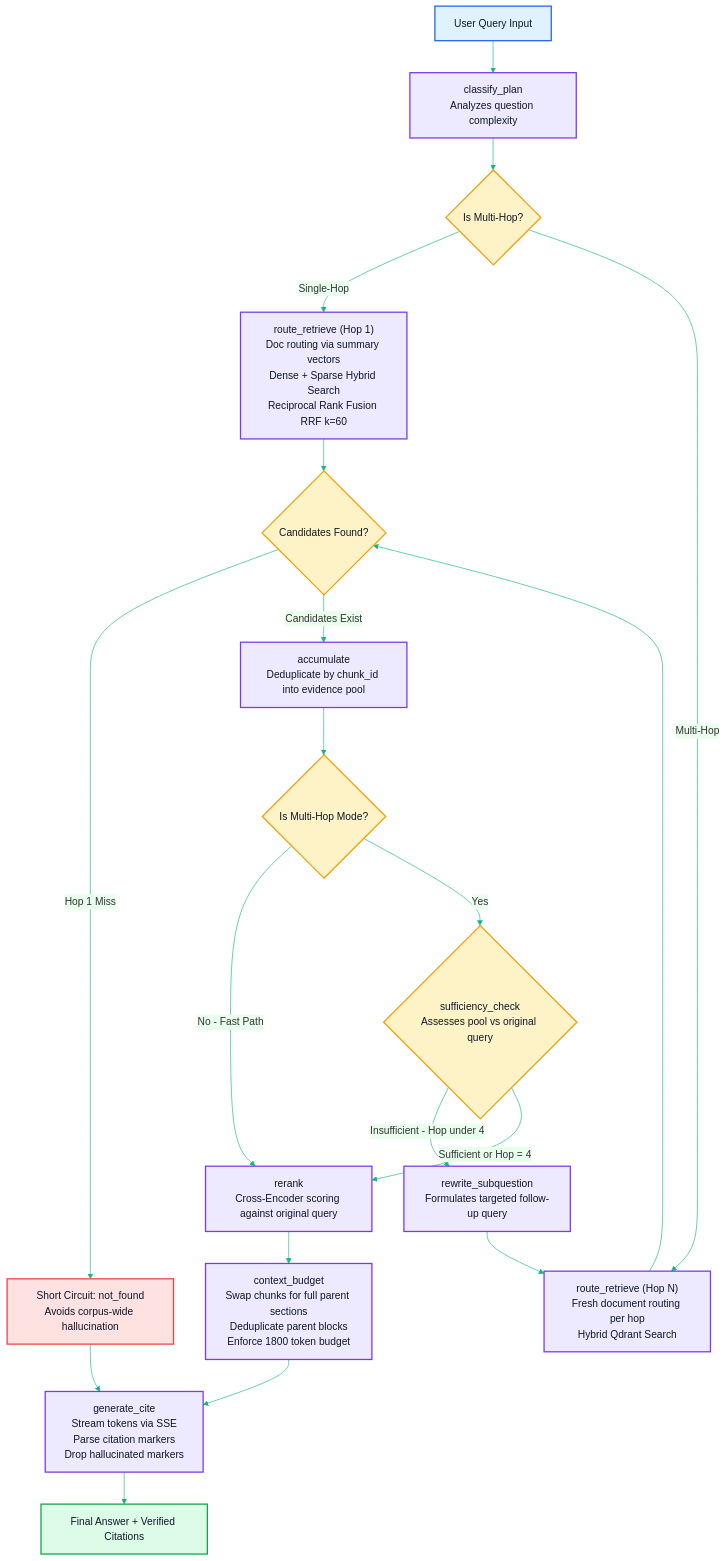
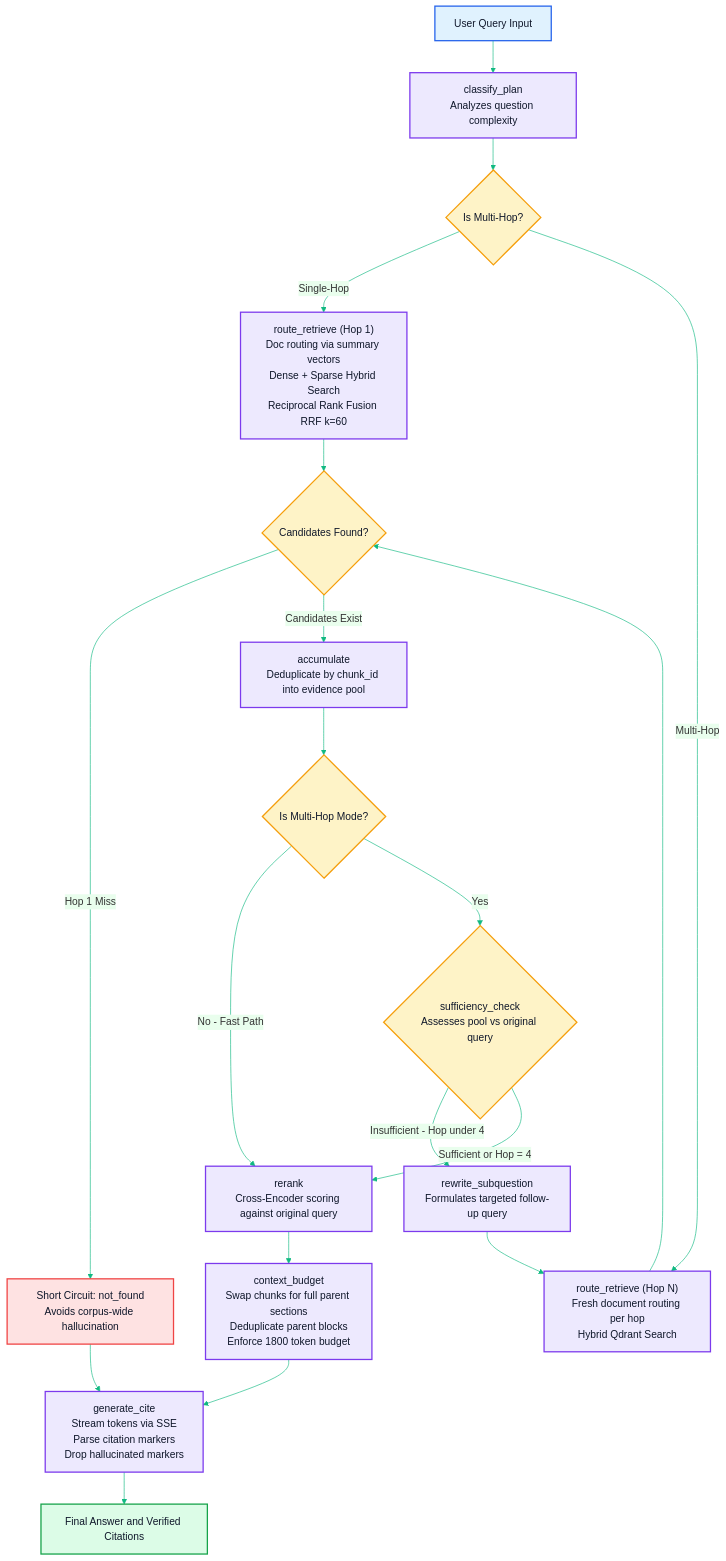
The third of 4 diagrams in README.md (Pavan048/CITE-RAG), drawn with Mermaid before and after one commit. The commit also changed other lines of this file, not shown here.

Commit message:
fix(docs): resolve mermaid syntax errors in README diagrams for GitHub rendering

````diff
--- a/README.md
+++ b/README.md
@@ -182,40 +183,40 @@
 ```mermaid
 %%{init: {"theme": "base", "themeVariables": {"primaryColor": "#ede9fe", "primaryBorderColor": "#7c3aed", "lineColor": "#10b981", "fontFamily": "Inter, Arial"}}}%%
 flowchart TD
   classDef cStart fill:#e0f2fe,stroke:#2563eb,stroke-width:2px,color:#0f172a;
   classDef cProc fill:#ede9fe,stroke:#7c3aed,stroke-width:2px,color:#0f172a;
   classDef cCheck fill:#fef3c7,stroke:#f59e0b,stroke-width:2px,color:#0f172a;
   classDef cOut fill:#dcfce7,stroke:#16a34a,stroke-width:2px,color:#0f172a;
   classDef cStop fill:#fee2e2,stroke:#ef4444,stroke-width:2px,color:#0f172a;
 
   Q["User Query Input"] --> CP["classify_plan<br/>Analyzes question complexity"]
   CP --> PlanCheck{"Is Multi-Hop?"}
 
   PlanCheck -->|Single-Hop| RR1["route_retrieve (Hop 1)<br/>Doc routing via summary vectors<br/>Dense + Sparse Hybrid Search<br/>Reciprocal Rank Fusion RRF k=60"]
   PlanCheck -->|Multi-Hop| RRM["route_retrieve (Hop N)<br/>Fresh document routing per hop<br/>Hybrid Qdrant Search"]
 
   RR1 --> EmptyCheck{"Candidates Found?"}
   RRM --> EmptyCheck
   EmptyCheck -->|Hop 1 Miss| ShortCircuit["Short Circuit: not_found<br/>Avoids corpus-wide hallucination"]
   EmptyCheck -->|Candidates Exist| ACC["accumulate<br/>Deduplicate by chunk_id into evidence pool"]
 
   ACC --> PathCheck{"Is Multi-Hop Mode?"}
   PathCheck -->|No - Fast Path| Rerank["rerank<br/>Cross-Encoder scoring against original query"]
   PathCheck -->|Yes| SuffCheck{"sufficiency_check<br/>Assesses pool vs original query"}
 
   SuffCheck -->|Insufficient - Hop under 4| Rewrite["rewrite_subquestion<br/>Formulates targeted follow-up query"]
   Rewrite --> RRM
 
   SuffCheck -->|Sufficient or Hop = 4| Rerank
   
   Rerank --> Budget["context_budget<br/>Swap chunks for full parent sections<br/>Deduplicate parent blocks<br/>Enforce 1800 token budget"]
   Budget --> GenCite["generate_cite<br/>Stream tokens via SSE<br/>Parse citation markers<br/>Drop hallucinated markers"]
   ShortCircuit --> GenCite
-  GenCite --> FinalAnswer["Final Answer + Verified Citations"]
+  GenCite --> FinalAnswer["Final Answer and Verified Citations"]
 
-  class Q cStart
-  class CP,RR1,RRM,ACC,Rewrite,Rerank,Budget,GenCite cProc
-  class PlanCheck,EmptyCheck,PathCheck,SuffCheck cCheck
-  class FinalAnswer cOut
-  class ShortCircuit cStop
+  class Q cStart;
+  class CP,RR1,RRM,ACC,Rewrite,Rerank,Budget,GenCite cProc;
+  class PlanCheck,EmptyCheck,PathCheck,SuffCheck cCheck;
+  class FinalAnswer cOut;
+  class ShortCircuit cStop;
 ```
````
